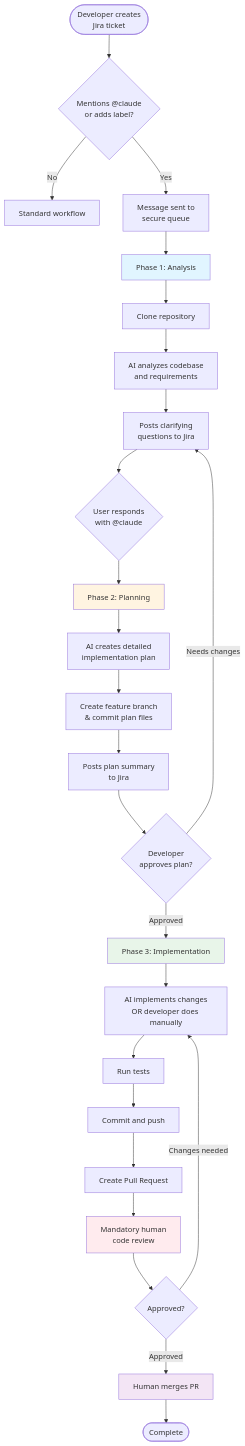
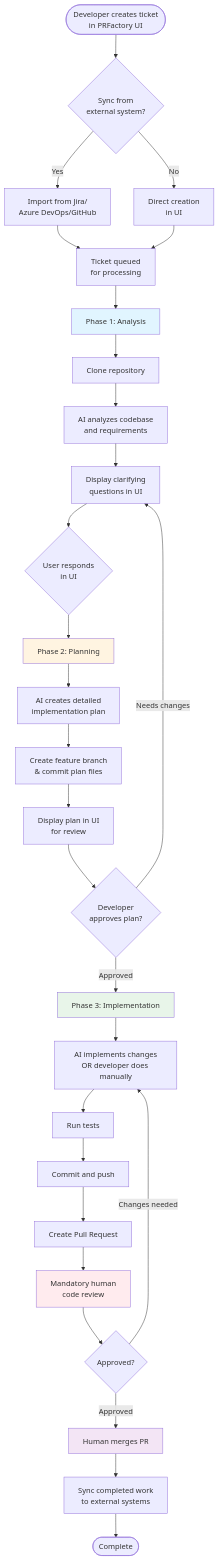
One commit to mikaelliljedahl/PRFactory changed the diagram in README.md. Above: the diagram before and after it, drawn with Mermaid. The commit also changed other lines of this file and 2 other files, not shown here.

First line of the commit message:
Update documentation to reflect PRFactory as primary interface

````diff
--- a/README.md
+++ b/README.md
@@ -53,37 +58,40 @@
 ```mermaid
 flowchart TB
-    Start([Developer creates<br/>Jira ticket]) --> Trigger{Mentions @claude<br/>or adds label?}
-    Trigger -- No --> Manual[Standard workflow]
-    Trigger -- Yes --> Queue[Message sent to<br/>secure queue]
+    Start([Developer creates ticket<br/>in PRFactory UI]) --> OptionalSync{Sync from<br/>external system?}
+    OptionalSync -- Yes --> SyncIn[Import from Jira/<br/>Azure DevOps/GitHub]
+    OptionalSync -- No --> Direct[Direct creation<br/>in UI]
+    SyncIn --> Queue[Ticket queued<br/>for processing]
+    Direct --> Queue
 
     Queue --> Phase1[Phase 1: Analysis]
     Phase1 --> Clone[Clone repository]
     Clone --> Analyze[AI analyzes codebase<br/>and requirements]
-    Analyze --> Questions[Posts clarifying<br/>questions to Jira]
-    Questions --> Wait1{User responds<br/>with @claude}
+    Analyze --> Questions[Display clarifying<br/>questions in UI]
+    Questions --> Wait1{User responds<br/>in UI}
 
     Wait1 --> Phase2[Phase 2: Planning]
     Phase2 --> Plan[AI creates detailed<br/>implementation plan]
     Plan --> Branch[Create feature branch<br/>& commit plan files]
-    Branch --> PostPlan[Posts plan summary<br/>to Jira]
-    PostPlan --> Wait2{Developer<br/>approves plan?}
+    Branch --> DisplayPlan[Display plan in UI<br/>for review]
+    DisplayPlan --> Wait2{Developer<br/>approves plan?}
     Wait2 -- Needs changes --> Questions
 
     Wait2 -- Approved --> Phase3[Phase 3: Implementation]
     Phase3 --> Code[AI implements changes<br/>OR developer does manually]
     Code --> Test[Run tests]
     Test --> Commit[Commit and push]
     Commit --> PR[Create Pull Request]
 
     PR --> Review[Mandatory human<br/>code review]
     Review --> Approve{Approved?}
     Approve -- Changes needed --> Code
     Approve -- Approved --> Merge[Human merges PR]
-    Merge --> Done([Complete])
+    Merge --> SyncOut[Sync completed work<br/>to external systems]
+    SyncOut --> Done([Complete])
 
     style Phase1 fill:#e1f5ff
     style Phase2 fill:#fff4e1
     style Phase3 fill:#e8f5e9
     style Review fill:#ffebee
     style Merge fill:#f3e5f5
 ```
````
